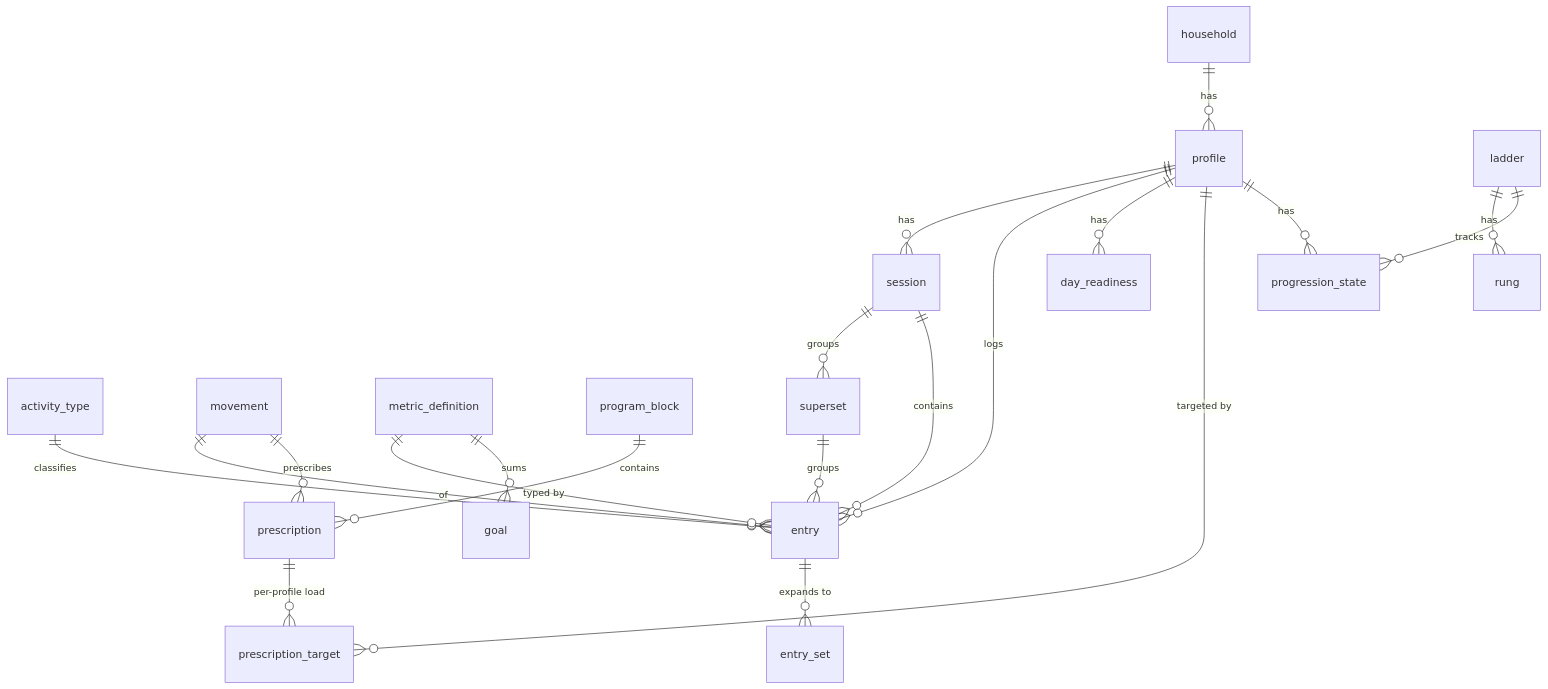
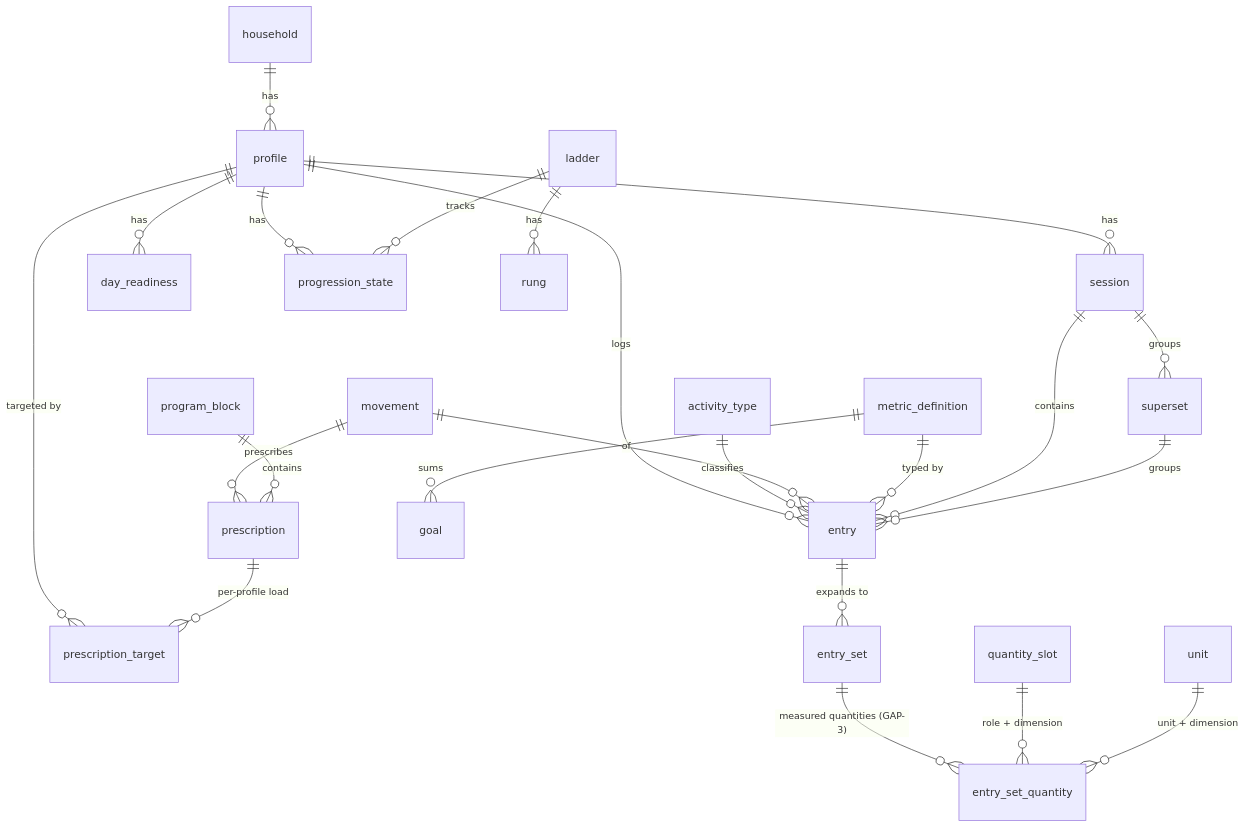
Before and after one commit to ralamode/mat-plan: the diagram in docs/spec.md, drawn with Mermaid. The commit also changed other lines of this file and 28 other files, not shown here.

````diff
--- a/docs/spec.md
+++ b/docs/spec.md
@@ -123,22 +134,25 @@
 ```mermaid
 erDiagram
   household ||--o{ profile : has
   profile ||--o{ session : has
   profile ||--o{ entry : logs
   profile ||--o{ day_readiness : has
   profile ||--o{ prescription_target : "targeted by"
   profile ||--o{ progression_state : has
   activity_type ||--o{ entry : classifies
   movement ||--o{ entry : "of"
   movement ||--o{ prescription : prescribes
   metric_definition ||--o{ entry : "typed by"
   metric_definition ||--o{ goal : sums
   program_block ||--o{ prescription : contains
   prescription ||--o{ prescription_target : "per-profile load"
   ladder ||--o{ rung : has
   ladder ||--o{ progression_state : tracks
   session ||--o{ superset : groups
   session ||--o{ entry : contains
   superset ||--o{ entry : groups
   entry ||--o{ entry_set : "expands to"
+  entry_set ||--o{ entry_set_quantity : "measured quantities (GAP-3)"
+  quantity_slot ||--o{ entry_set_quantity : "role + dimension"
+  unit ||--o{ entry_set_quantity : "unit + dimension"
 ```
````
